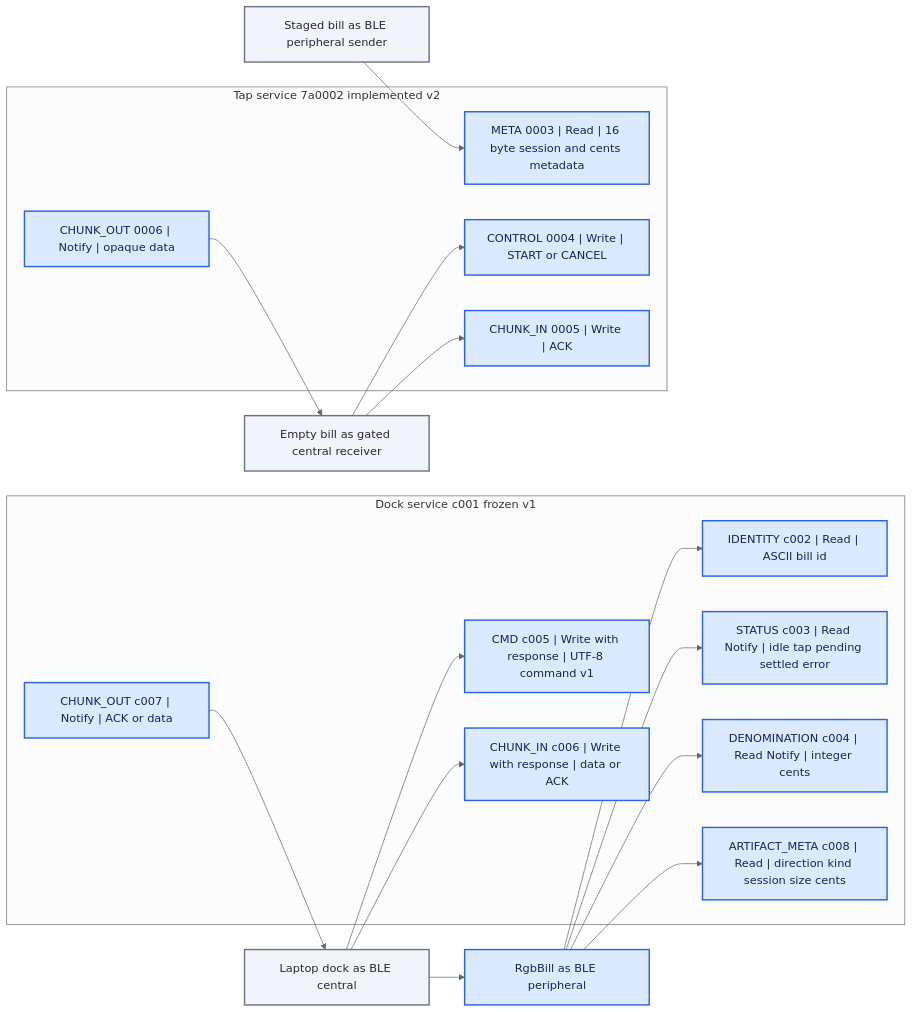
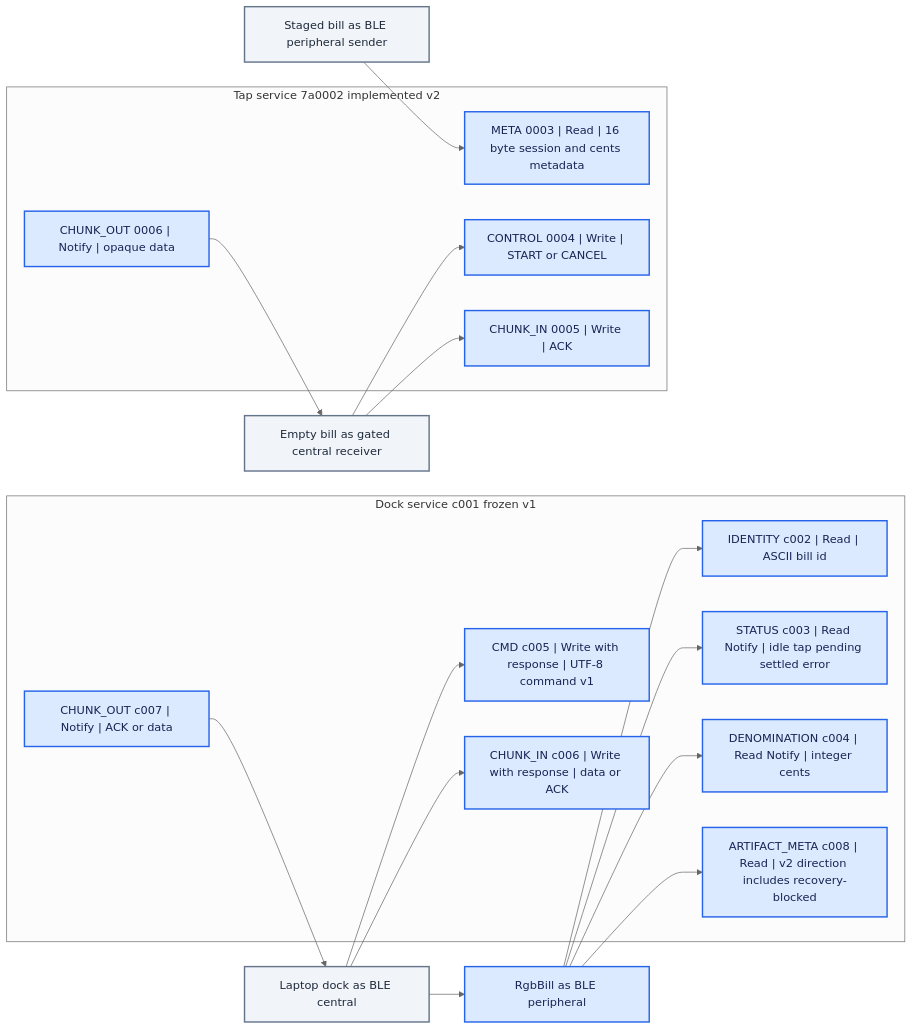
The diagram in docs/diagrams/src/05-gatt-contract.mmd (EdwinKestler/bill), drawn with Mermaid (neutral theme) before and after one commit. The commit also changed 33 other files, not shown here.

```diff
--- a/docs/diagrams/src/05-gatt-contract.mmd
+++ b/docs/diagrams/src/05-gatt-contract.mmd
@@ -1,40 +1,40 @@
 flowchart LR
     classDef implemented fill:#dbeafe,stroke:#2563eb,color:#172554,stroke-width:2px
     classDef planned fill:#fef3c7,stroke:#d97706,color:#4a2b05,stroke-width:2px,stroke-dasharray:6 4
     classDef peer fill:#f1f5f9,stroke:#64748b,color:#1e293b,stroke-width:2px
 
     dock["Laptop dock as BLE central"]:::peer
     bill["RgbBill as BLE peripheral"]:::implemented
 
     subgraph dockService["Dock service c001 frozen v1"]
         identity["IDENTITY c002 | Read | ASCII bill id"]:::implemented
         status["STATUS c003 | Read Notify | idle tap pending settled error"]:::implemented
         denomination["DENOMINATION c004 | Read Notify | integer cents"]:::implemented
         cmd["CMD c005 | Write with response | UTF-8 command v1"]:::implemented
         chunkIn["CHUNK_IN c006 | Write with response | data or ACK"]:::implemented
         chunkOut["CHUNK_OUT c007 | Notify | ACK or data"]:::implemented
-        artifact["ARTIFACT_META c008 | Read | direction kind session size cents"]:::implemented
+        artifact["ARTIFACT_META c008 | Read | v2 direction includes recovery-blocked"]:::implemented
     end
 
     sender["Staged bill as BLE peripheral sender"]:::peer
     receiver["Empty bill as gated central receiver"]:::peer
 
     subgraph tapService["Tap service 7a0002 implemented v2"]
         meta["META 0003 | Read | 16 byte session and cents metadata"]:::implemented
         control["CONTROL 0004 | Write | START or CANCEL"]:::implemented
         tapIn["CHUNK_IN 0005 | Write | ACK"]:::implemented
         tapOut["CHUNK_OUT 0006 | Notify | opaque data"]:::implemented
     end
 
     dock --> bill
     bill --> identity
     bill --> status
     bill --> denomination
     bill --> artifact
     dock --> cmd
     dock --> chunkIn
     chunkOut --> dock
     sender --> meta
     receiver --> control
     receiver --> tapIn
     tapOut --> receiver
```
